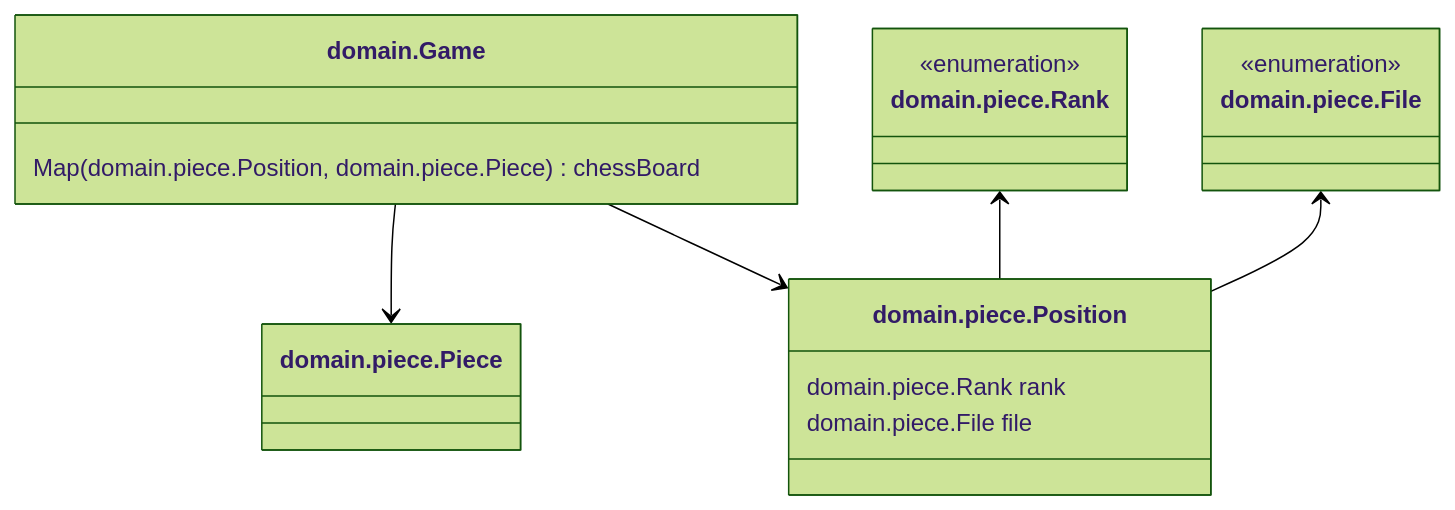
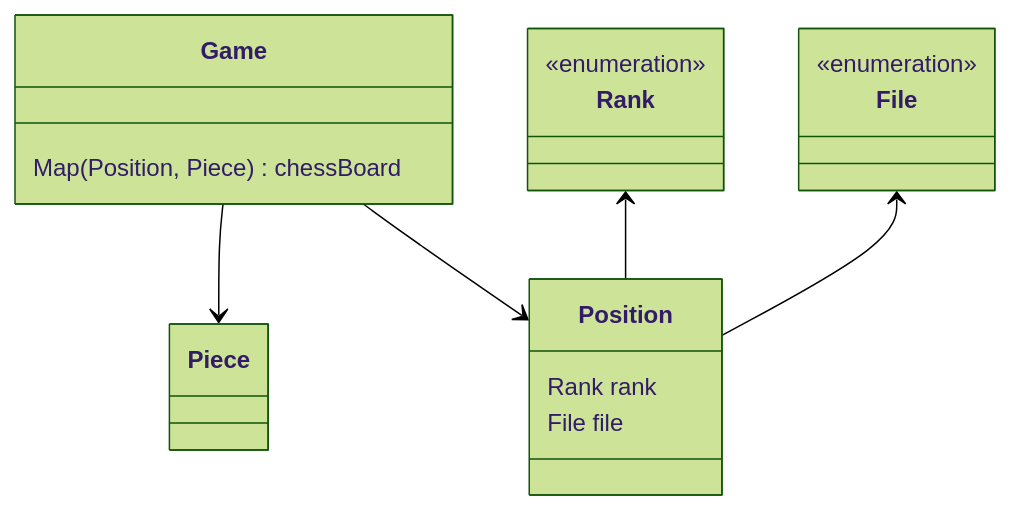
Before and after one commit to woowacourse/java-chess: the first of 2 diagrams in README.md, drawn with Mermaid (forest theme). The commit also changed other lines of this file and 2 other files, not shown here.

Commit message:
feat(ChessBoardGenerator): 체스 판과 규칙에 맞는 초기 말들 생성

````diff
--- a/README.md
+++ b/README.md
@@ -7,20 +7,20 @@
 ```mermaid
 classDiagram
-    domain.Game --> domain.piece.Piece
-domain.Game --> domain.piece.Position
+    Game --> Piece
+    Game --> Position
 
-domain.piece.Rank <-- domain.piece.Position
-domain.piece.File <-- domain.piece.Position
+    Rank <-- Position
+    File <-- Position
 
-<<enumeration>> domain.piece.Rank
-<<enumeration>> domain.piece.File
+    <<enumeration>> Rank
+    <<enumeration>> File
 
-class domain.piece.Position {
-domain.piece.Rank rank
-domain.piece.File file
-}
+    class Position {
+        Rank rank
+        File file
+    }
 
-class domain.Game {
-Map(domain.piece.Position, domain.piece.Piece) chessBoard
-}
+    class Game {
+        Map(Position, Piece) chessBoard
+    }
 ```
````
